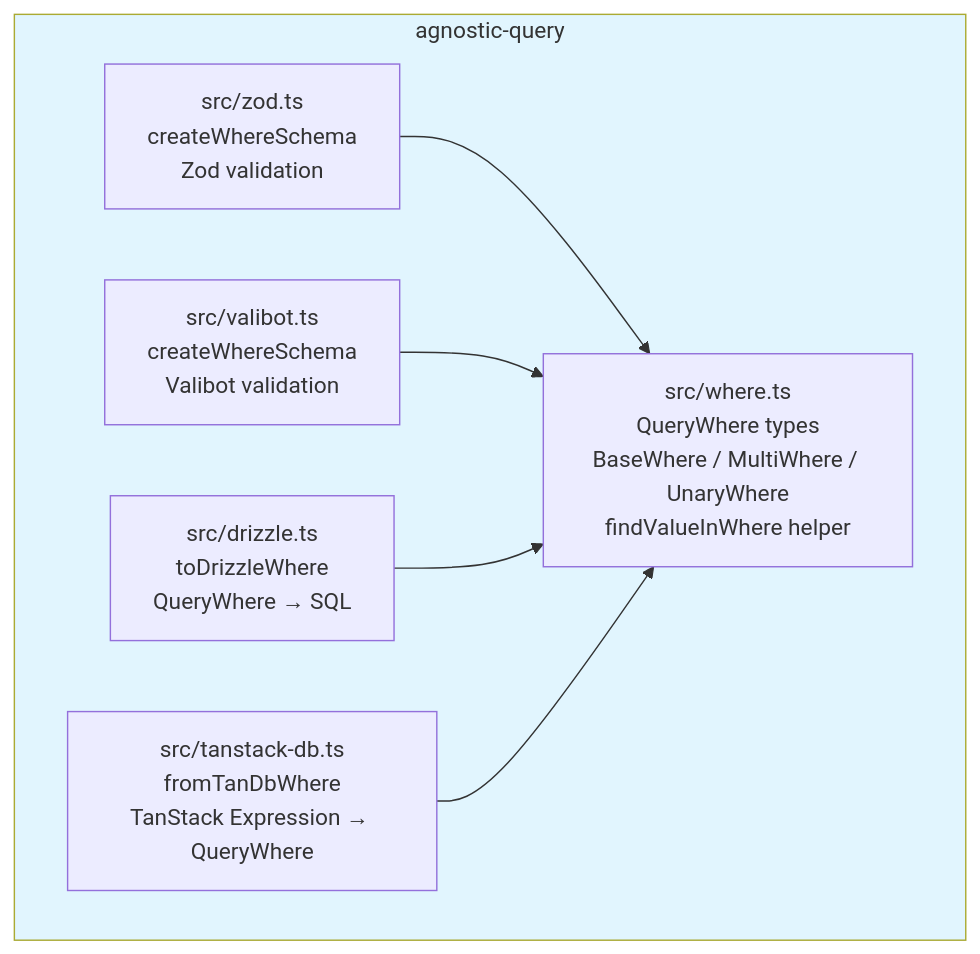
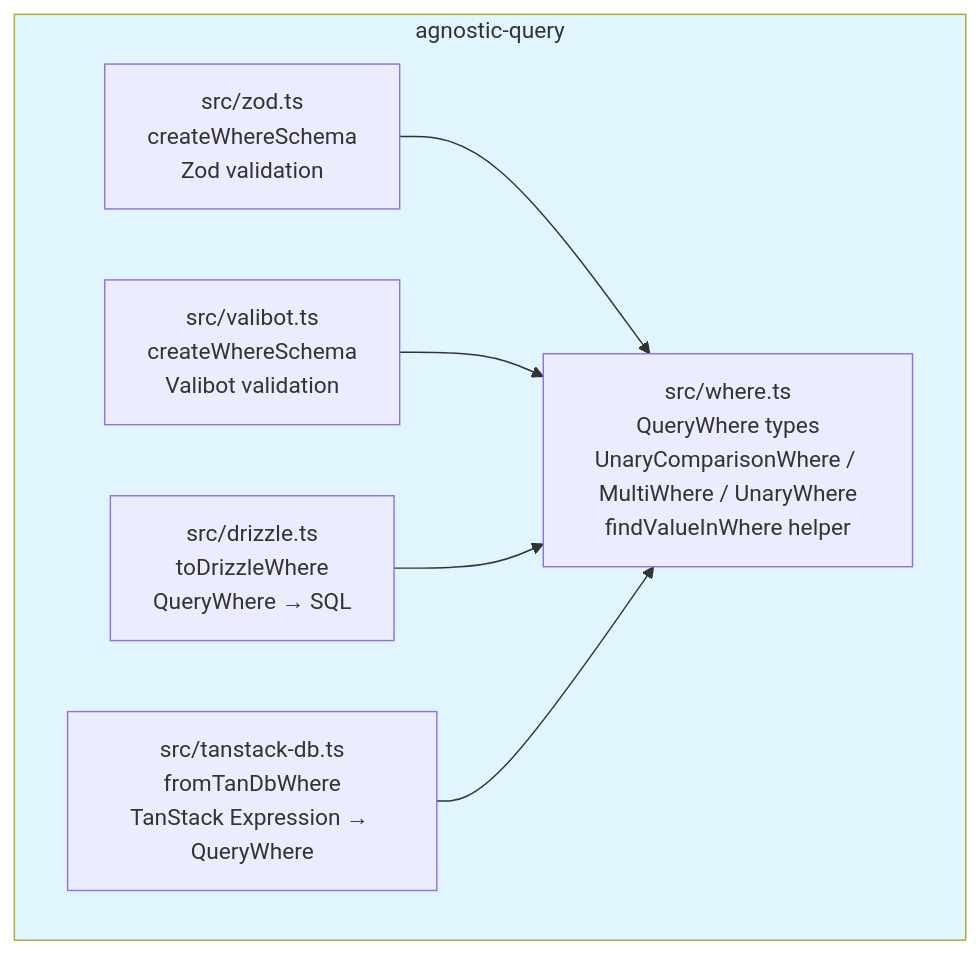
Before and after one commit to Nahida-aa/agnostic-query: the first of 3 diagrams in README.md, drawn with Mermaid. The commit also changed other lines of this file and 33 other files, not shown here.

First line of the commit message:
feat: Refactor query where schema and related logic

````diff
--- a/README.md
+++ b/README.md
@@ -7,17 +7,17 @@
 ```mermaid
 graph TB
     subgraph Package["agnostic-query"]
-        core["src/where.ts<br/>QueryWhere types<br/>BaseWhere / MultiWhere / UnaryWhere<br/>findValueInWhere helper"]
+        core["src/where.ts<br/>QueryWhere types<br/>UnaryComparisonWhere / MultiWhere / UnaryWhere<br/>findValueInWhere helper"]
         zod["src/zod.ts<br/>createWhereSchema<br/>Zod validation"]
         valibot["src/valibot.ts<br/>createWhereSchema<br/>Valibot validation"]
         drizzle["src/drizzle.ts<br/>toDrizzleWhere<br/>QueryWhere → SQL"]
         tanstack["src/tanstack-db.ts<br/>fromTanDbWhere<br/>TanStack Expression → QueryWhere"]
     end
 
     zod --> core
     valibot --> core
     drizzle --> core
     tanstack --> core
 
     style Package fill:#e1f5fe
 ```
````
